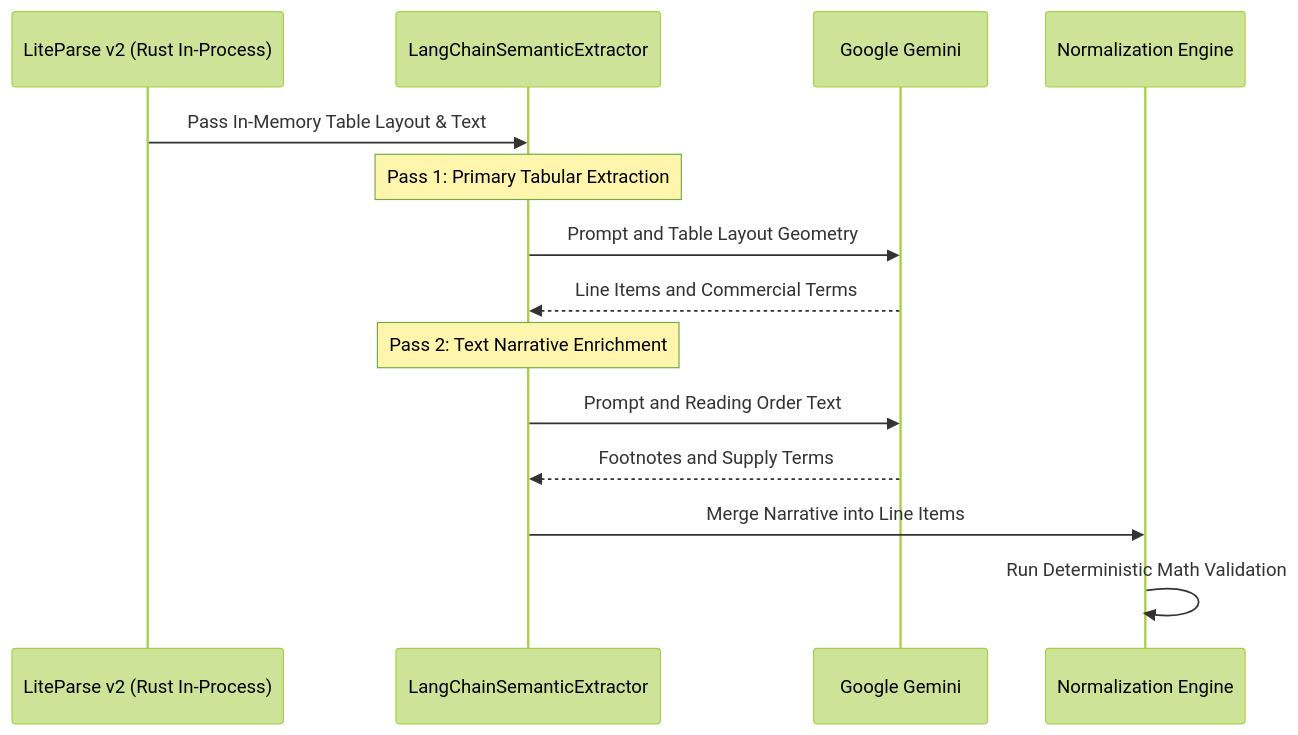
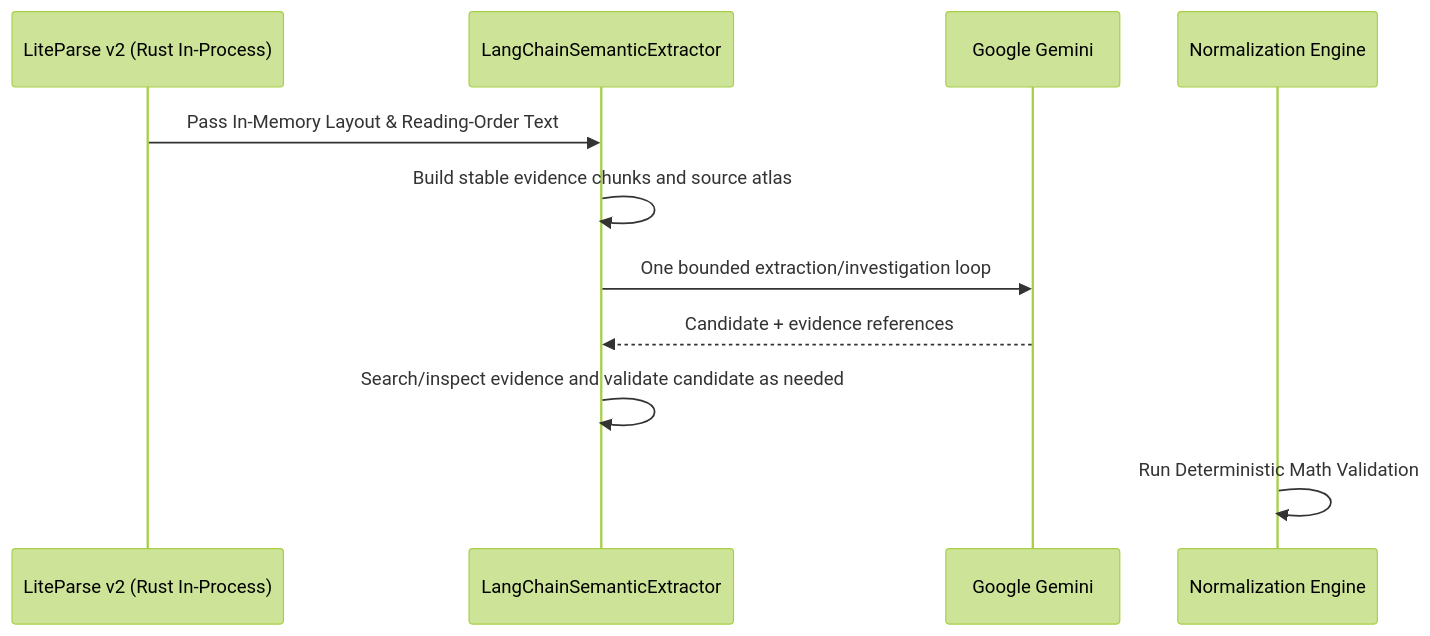
The third of 4 diagrams in docs/system/system-architecture-deep-dive.md (DreKwasi/axmed_document_ingestion), drawn with Mermaid (forest theme) before and after one commit. The commit also changed other lines of this file and 3 other files, not shown here.

Commit message:
docs(system): update architecture, evaluations and test catalog for agent

````diff
--- a/docs/system/system-architecture-deep-dive.md
+++ b/docs/system/system-architecture-deep-dive.md
@@ -298,19 +298,14 @@
 ```mermaid
 sequenceDiagram
     participant Parser as LiteParse v2 (Rust In-Process)
     participant Extractor as LangChainSemanticExtractor
     participant Gemini as Google Gemini
     participant Norm as Normalization Engine
 
-    Parser->>Extractor: Pass In-Memory Table Layout & Text
-    Note over Extractor: Pass 1: Primary Tabular Extraction
-    Extractor->>Gemini: Prompt and Table Layout Geometry
-    Gemini-->>Extractor: Line Items and Commercial Terms
-    
-    Note over Extractor: Pass 2: Text Narrative Enrichment
-    Extractor->>Gemini: Prompt and Reading Order Text
-    Gemini-->>Extractor: Footnotes and Supply Terms
-    
-    Extractor->>Norm: Merge Narrative into Line Items
+    Parser->>Extractor: Pass In-Memory Layout & Reading-Order Text
+    Extractor->>Extractor: Build stable evidence chunks and source atlas
+    Extractor->>Gemini: One bounded extraction/investigation loop
+    Gemini-->>Extractor: Candidate + evidence references
+    Extractor->>Extractor: Search/inspect evidence and validate candidate as needed
     Norm->>Norm: Run Deterministic Math Validation
 ```
````
